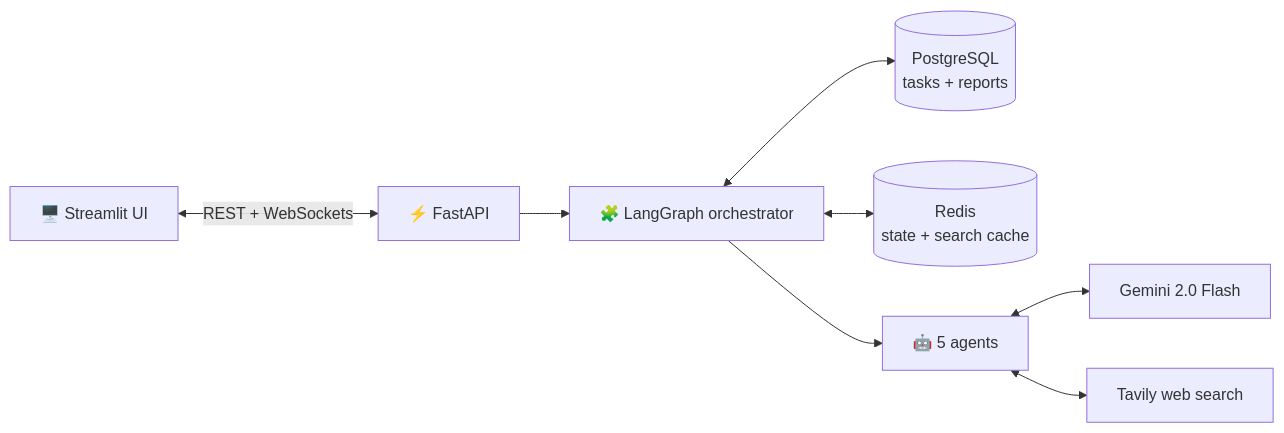
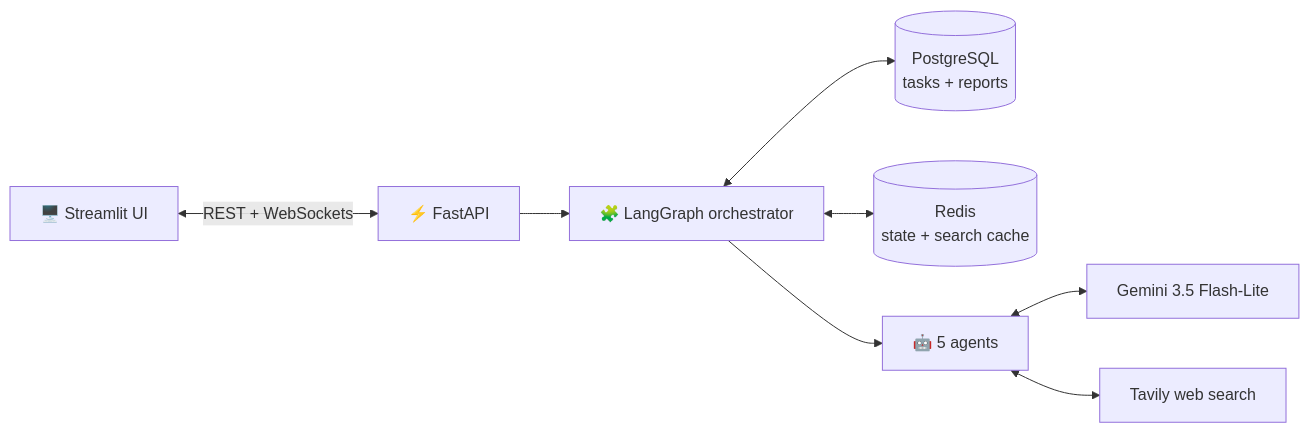
The first of 2 diagrams in README.md (Anikate001/Multi-Agent-System-Architechture), drawn with Mermaid before and after one commit. The commit also changed other lines of this file and 10 other files, not shown here.

````diff
--- a/README.md
+++ b/README.md
@@ -37,10 +37,10 @@
 ```mermaid
 flowchart LR
     UI["🖥️ Streamlit UI"] <-- "REST + WebSockets" --> API["⚡ FastAPI"]
     API --> ORCH["🧩 LangGraph orchestrator"]
     ORCH <--> PG[("PostgreSQL<br/>tasks + reports")]
     ORCH <--> RD[("Redis<br/>state + search cache")]
     ORCH --> AG["🤖 5 agents"]
-    AG <--> LLM["Gemini 2.0 Flash"]
+    AG <--> LLM["Gemini 3.5 Flash-Lite"]
     AG <--> WEB["Tavily web search"]
 ```
````
